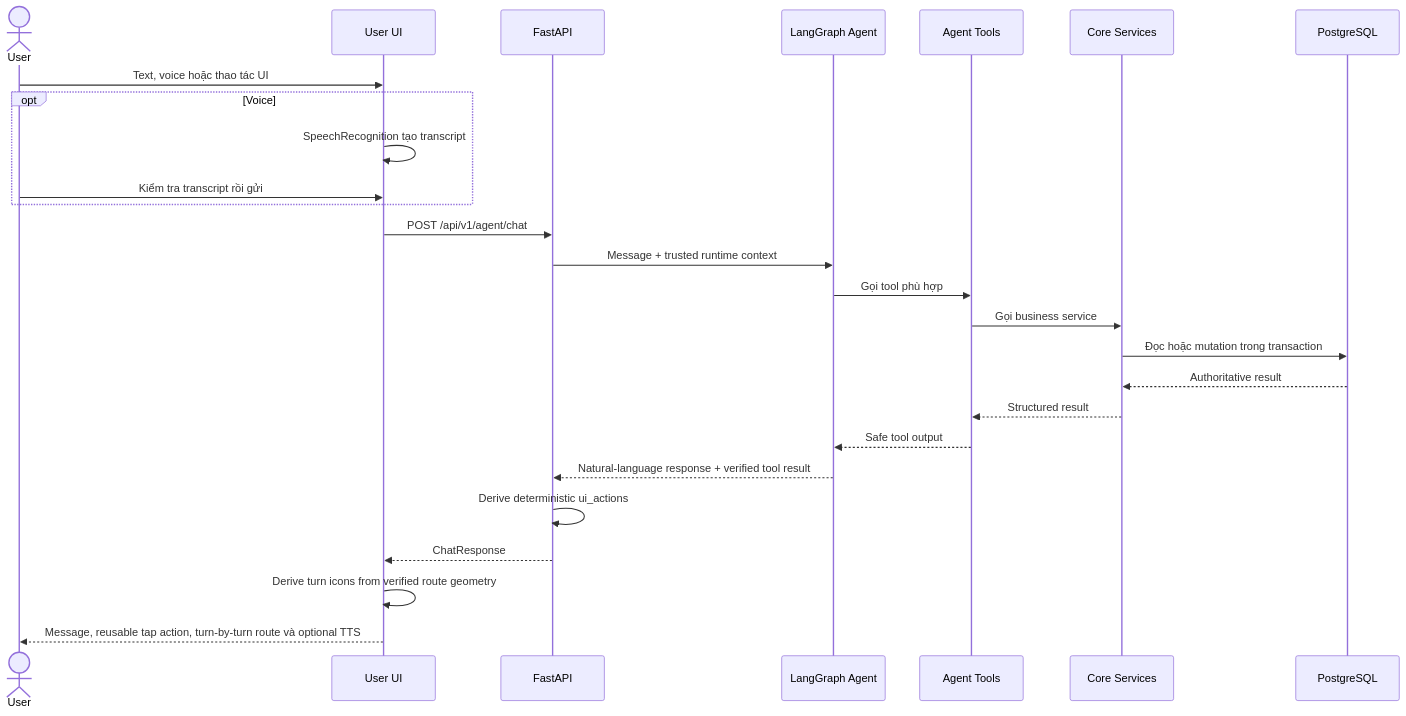
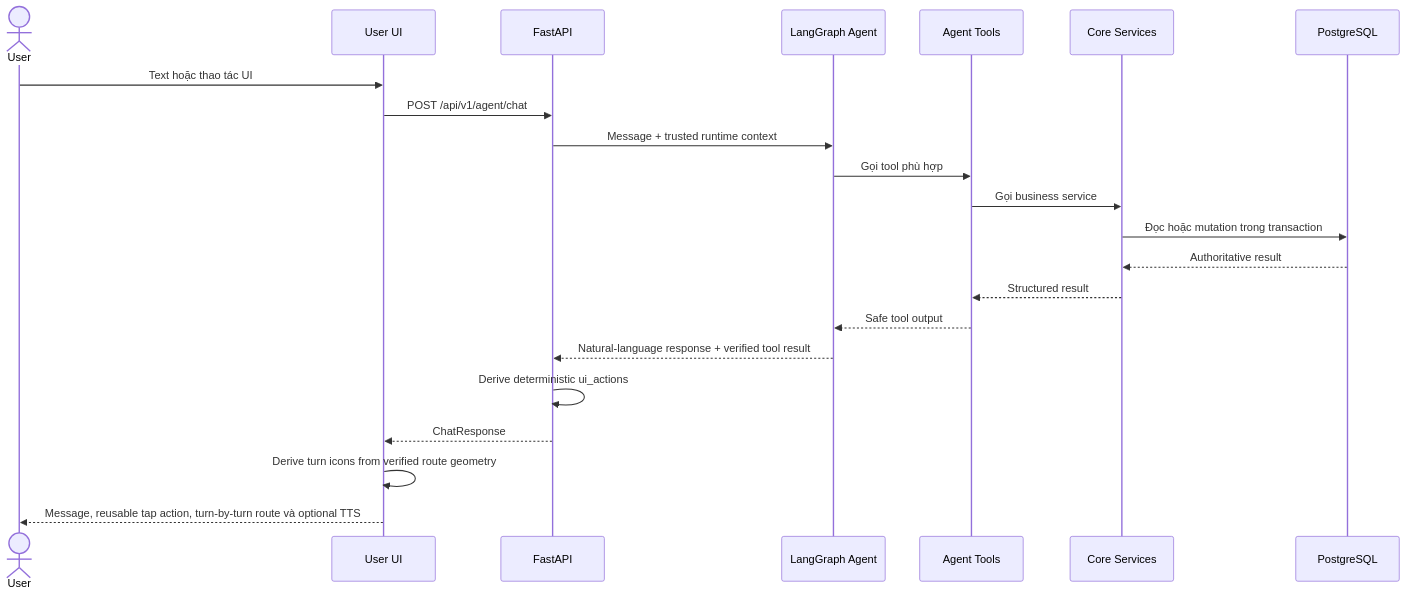
The second of 9 diagrams in docs/architecture.md (Ngducanh05/T-152), drawn with Mermaid before and after one commit. The commit also changed other lines of this file and 13 other files, not shown here.

Commit message:
docs: align public beta architecture and feature documentation

````diff
--- a/docs/architecture.md
+++ b/docs/architecture.md
@@ -109,29 +110,25 @@
 ```mermaid
 sequenceDiagram
     actor User
     participant UI as User UI
     participant API as FastAPI
     participant Agent as LangGraph Agent
     participant Tools as Agent Tools
     participant Core as Core Services
     participant DB as PostgreSQL
 
-    User->>UI: Text, voice hoặc thao tác UI
-    opt Voice
-        UI->>UI: SpeechRecognition tạo transcript
-        User->>UI: Kiểm tra transcript rồi gửi
-    end
+    User->>UI: Text hoặc thao tác UI
     UI->>API: POST /api/v1/agent/chat
     API->>Agent: Message + trusted runtime context
     Agent->>Tools: Gọi tool phù hợp
     Tools->>Core: Gọi business service
     Core->>DB: Đọc hoặc mutation trong transaction
     DB-->>Core: Authoritative result
     Core-->>Tools: Structured result
     Tools-->>Agent: Safe tool output
     Agent-->>API: Natural-language response + verified tool result
     API->>API: Derive deterministic ui_actions
     API-->>UI: ChatResponse
     UI->>UI: Derive turn icons from verified route geometry
     UI-->>User: Message, reusable tap action, turn-by-turn route và optional TTS
 ```
````
